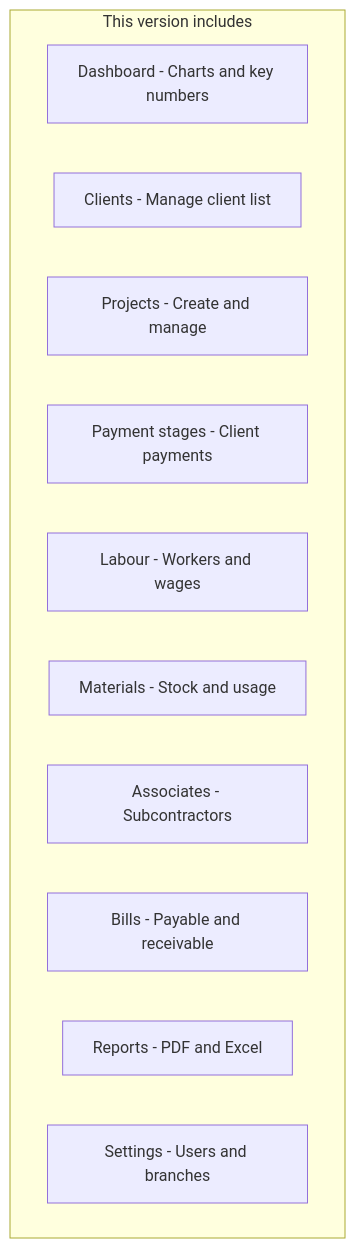
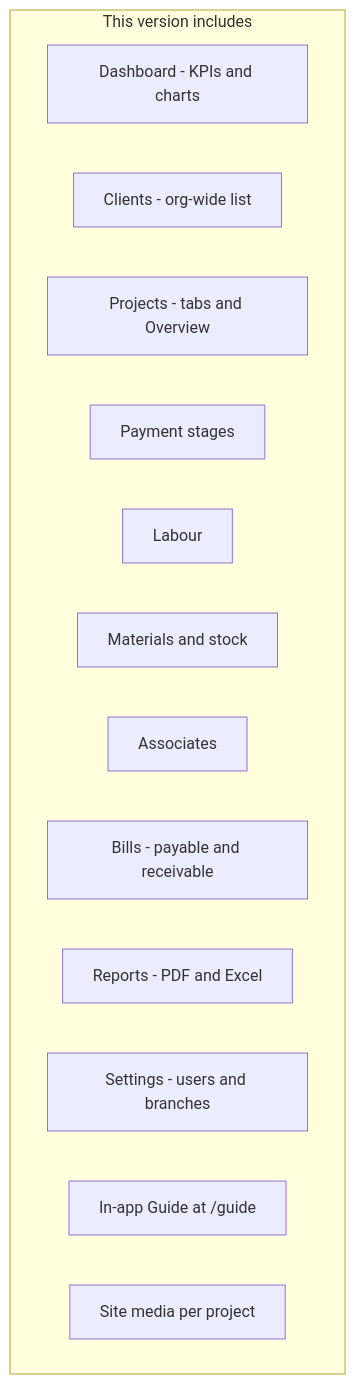
Before and after one commit to mishabcp/buildops: the second of 4 diagrams in docs/BUILDOPS_OVERVIEW.md, drawn with Mermaid. The commit also changed other lines of this file and 45 other files, not shown here.

First line of the commit message:
Add site media uploads

````diff
--- a/docs/BUILDOPS_OVERVIEW.md
+++ b/docs/BUILDOPS_OVERVIEW.md
@@ -44,15 +48,17 @@
 ```mermaid
 flowchart TB
   subgraph mvp [This version includes]
-    Dashboard[Dashboard - Charts and key numbers]
-    Clients[Clients - Manage client list]
-    Projects[Projects - Create and manage]
-    Stages[Payment stages - Client payments]
-    Labour[Labour - Workers and wages]
-    Materials[Materials - Stock and usage]
-    Associates[Associates - Subcontractors]
-    Bills[Bills - Payable and receivable]
+    Dashboard[Dashboard - KPIs and charts]
+    Clients[Clients - org-wide list]
+    Projects[Projects - tabs and Overview]
+    Stages[Payment stages]
+    Labour[Labour]
+    Materials[Materials and stock]
+    Associates[Associates]
+    Bills[Bills - payable and receivable]
     Reports[Reports - PDF and Excel]
-    Settings[Settings - Users and branches]
+    Settings[Settings - users and branches]
+    Guide[In-app Guide at /guide]
+    SiteMedia[Site media per project]
   end
 ```
````
